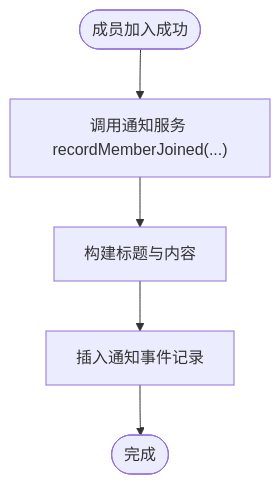
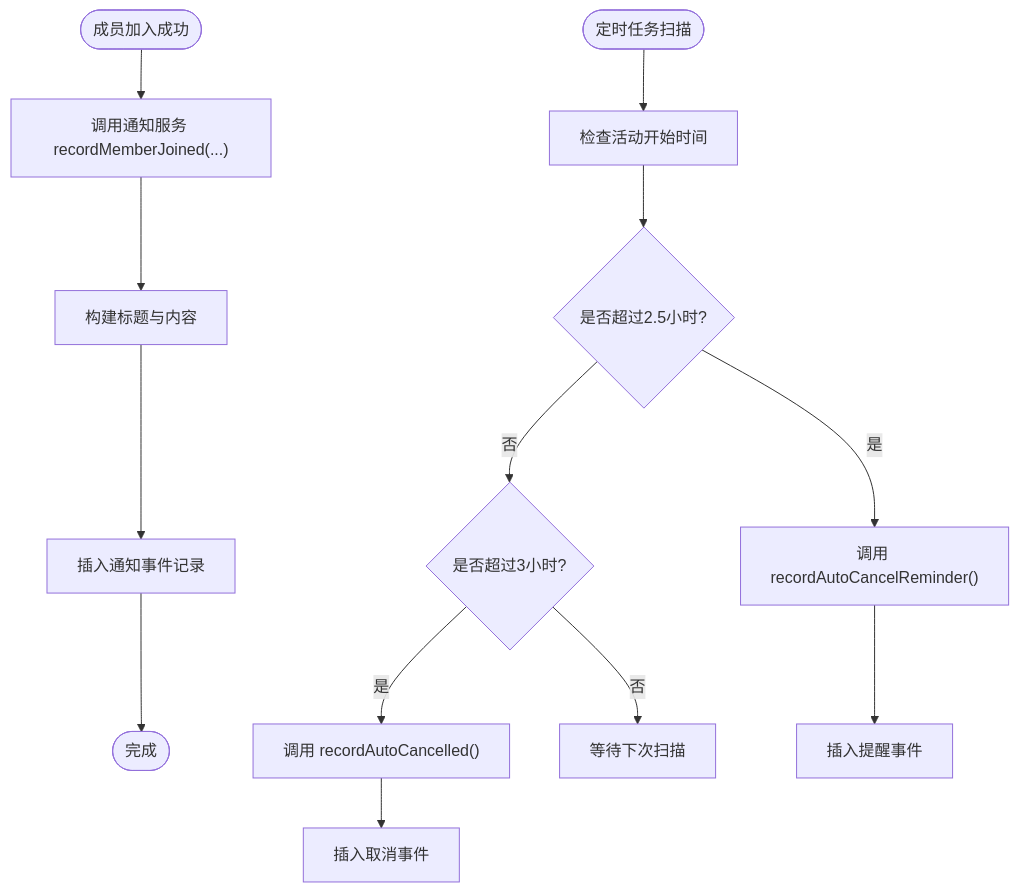
Before and after one commit to cwxiao/zugeju: the fourth of 6 diagrams in .qoder/repowiki/zh/content/数据库设计/数据库架构/通知事件表.md, drawn with Mermaid. The commit also changed other lines of this file and 72 other files, not shown here.

First line of the commit message:
前端：将UI资源装饰图融入各页面，提升视觉丰富度

````diff
--- a/.qoder/repowiki/zh/content/数据库设计/数据库架构/通知事件表.md
+++ b/.qoder/repowiki/zh/content/数据库设计/数据库架构/通知事件表.md
@@ -176,7 +209,15 @@
 ```mermaid
 flowchart TD
 Start(["成员加入成功"]) --> CallNoti["调用通知服务 recordMemberJoined(...)"]
 CallNoti --> BuildTitle["构建标题与内容"]
 BuildTitle --> InsertEvt["插入通知事件记录"]
 InsertEvt --> Done(["完成"])
+Start2(["定时任务扫描"]) --> CheckTime["检查活动开始时间"]
+CheckTime --> Check25h{"是否超过2.5小时?"}
+Check25h --> |是| Remind["调用 recordAutoCancelReminder()"]
+Check25h --> |否| Check3h{"是否超过3小时?"}
+Check3h --> |是| Cancel["调用 recordAutoCancelled()"]
+Check3h --> |否| Wait["等待下次扫描"]
+Remind --> InsertRemind["插入提醒事件"]
+Cancel --> InsertCancel["插入取消事件"]
 ```
````
